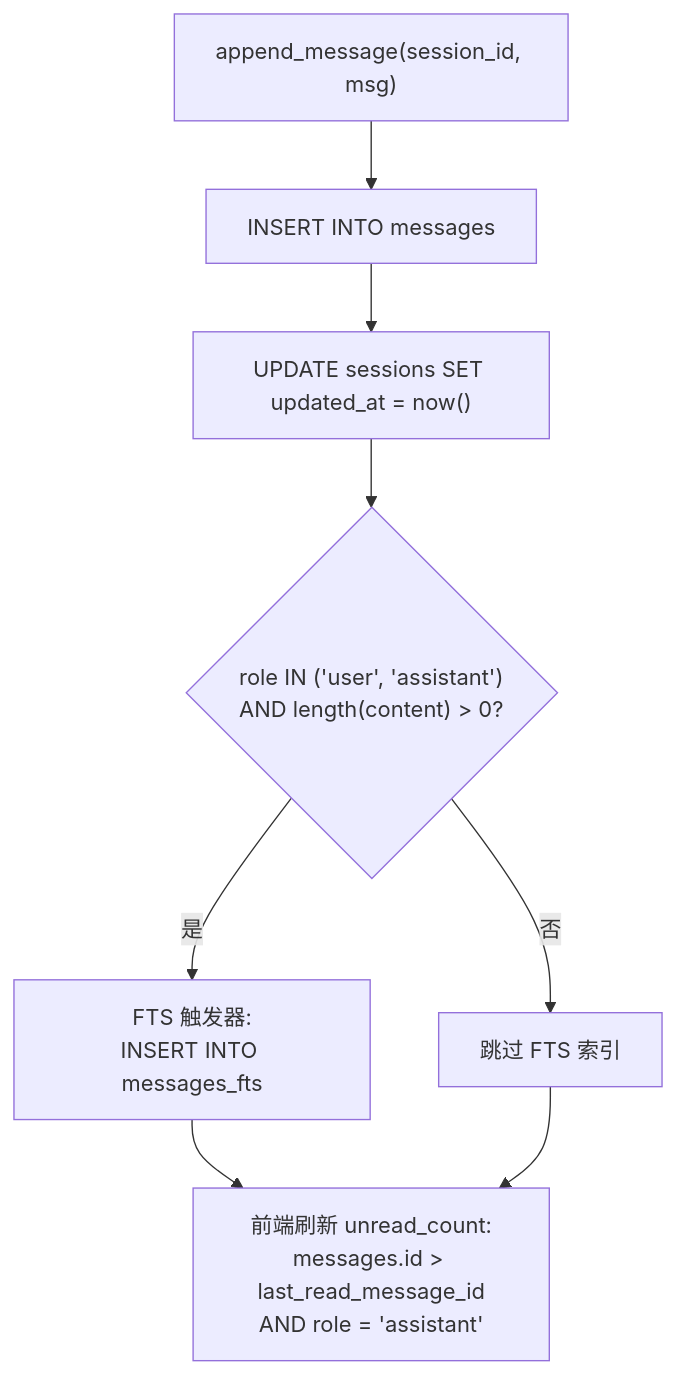
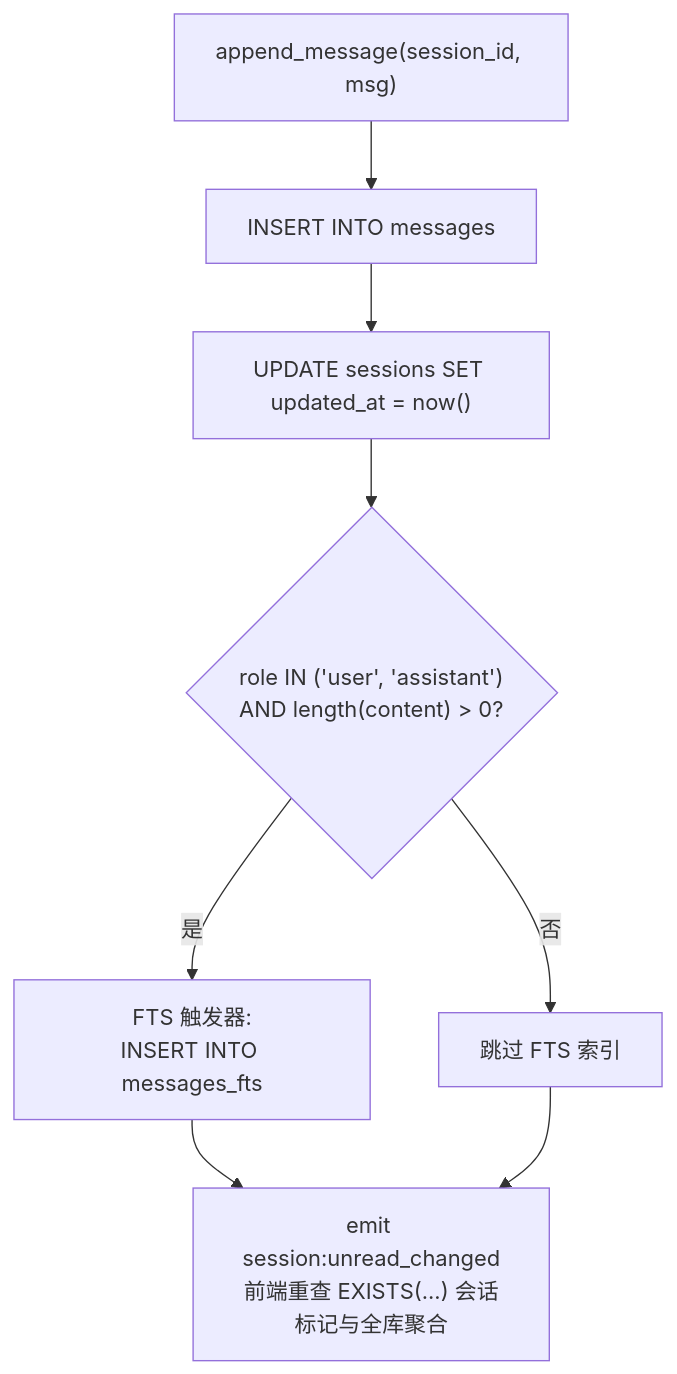
The second of 2 diagrams in mirrors/repos/shiwenwen@hope-agent/docs/architecture/session.md (gabrielmoreira/agent-skills-mirror), drawn with Mermaid before and after one commit. The commit also changed other lines of this file and 3410 other files, not shown here.

````diff
--- a/mirrors/repos/shiwenwen@hope-agent/docs/architecture/session.md
+++ b/mirrors/repos/shiwenwen@hope-agent/docs/architecture/session.md
@@ -668,11 +673,11 @@
 ```mermaid
 flowchart TD
     A["append_message(session_id, msg)"] --> B["INSERT INTO messages"]
     B --> C["UPDATE sessions SET updated_at = now()"]
     C --> D{"role IN ('user', 'assistant')<br/>AND length(content) > 0?"}
     D -- 是 --> E["FTS 触发器:<br/>INSERT INTO messages_fts"]
     D -- 否 --> F["跳过 FTS 索引"]
-    E --> G["前端刷新 unread_count:<br/>messages.id > last_read_message_id<br/>AND role = 'assistant'"]
+    E --> G["emit session:unread_changed<br/>前端重查 EXISTS(...) 会话标记与全库聚合"]
     F --> G
 
 ```
````
